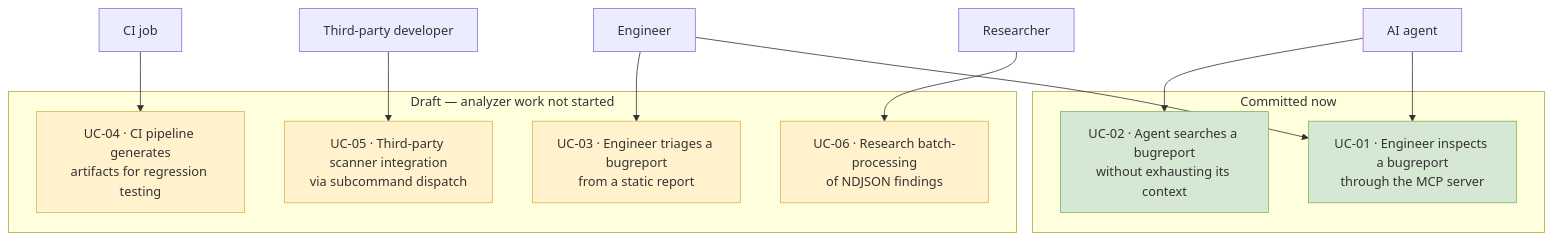
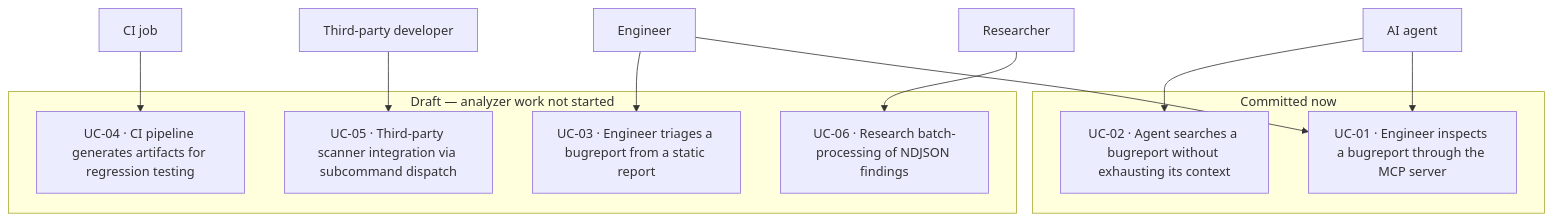
One commit to khoa-io/adb-bugreport-insight changed the diagram in docs/use-cases.md. Above: the diagram before and after it, drawn with Mermaid. The commit also changed other lines of this file and 54 other files, not shown here.

````diff
--- a/docs/use-cases.md
+++ b/docs/use-cases.md
@@ -8,29 +12,22 @@
 ```mermaid
 flowchart TD
     subgraph committed["Committed now"]
-        UC1["UC-01 · Engineer inspects a bugreport<br/>through the MCP server"]
-        UC2["UC-02 · Agent searches a bugreport<br/>without exhausting its context"]
+        UC1["UC-01 · Engineer inspects a bugreport through the MCP server"]
+        UC2["UC-02 · Agent searches a bugreport without exhausting its context"]
     end
 
     subgraph draft["Draft — analyzer work not started"]
-        UC3["UC-03 · Engineer triages a bugreport<br/>from a static report"]
-        UC4["UC-04 · CI pipeline generates<br/>artifacts for regression testing"]
-        UC5["UC-05 · Third-party scanner integration<br/>via subcommand dispatch"]
-        UC6["UC-06 · Research batch-processing<br/>of NDJSON findings"]
+        UC3["UC-03 · Engineer triages a bugreport from a static report"]
+        UC4["UC-04 · CI pipeline generates artifacts for regression testing"]
+        UC5["UC-05 · Third-party scanner integration via subcommand dispatch"]
+        UC6["UC-06 · Research batch-processing of NDJSON findings"]
     end
 
     ENG[Engineer] --> UC1
     AGENT[AI agent] --> UC1
     AGENT --> UC2
     ENG --> UC3
     CI[CI job] --> UC4
     DEV[Third-party developer] --> UC5
     RSCH[Researcher] --> UC6
-
-    style UC1 fill:#d5e8d4,stroke:#82b366
-    style UC2 fill:#d5e8d4,stroke:#82b366
-    style UC3 fill:#fff2cc,stroke:#d6b656
-    style UC4 fill:#fff2cc,stroke:#d6b656
-    style UC5 fill:#fff2cc,stroke:#d6b656
-    style UC6 fill:#fff2cc,stroke:#d6b656
 ```
````
